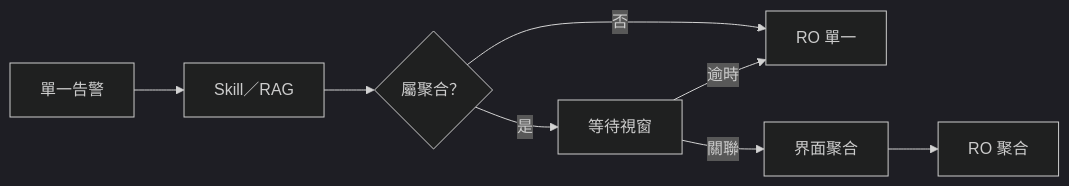
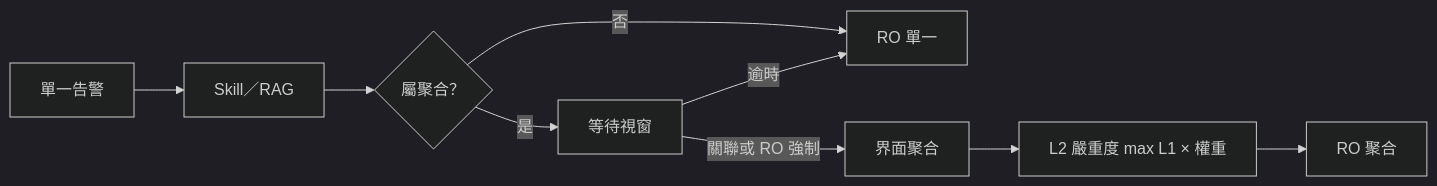
One commit to hxyan2020/PRD changed diagram 14 of 14 in platform/docs/USER_GUIDE.zh-Hant.md. Above: the diagram before and after it, drawn with Mermaid (dark theme). The commit also changed other lines of this file and 17 other files, not shown here.

First line of the commit message:
Document recent FR-39/40 and threshold-flow demos in EN+zh-Hant

````diff
--- a/platform/docs/USER_GUIDE.zh-Hant.md
+++ b/platform/docs/USER_GUIDE.zh-Hant.md
@@ -801,10 +804,11 @@
 ```mermaid
 flowchart LR
   A[單一告警] --> B[Skill／RAG]
   B --> C{屬聚合？}
   C -->|否| D[RO 單一]
   C -->|是| E[等待視窗]
   E -->|逾時| D
-  E -->|關聯| F[界面聚合]
-  F --> G[RO 聚合]
+  E -->|關聯或 RO 強制| F[界面聚合]
+  F --> S[L2 嚴重度 max L1 × 權重]
+  S --> G[RO 聚合]
 ```
````
